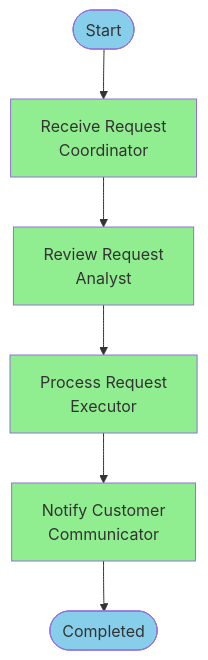
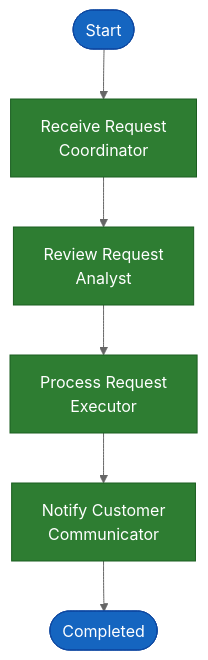
The first of 11 diagrams in docs/reference/visual-patterns.md (gcowin/approachable-workflows), drawn with Mermaid before and after one commit. The commit also changed other lines of this file and 1 other file, not shown here.

````diff
--- a/docs/reference/visual-patterns.md
+++ b/docs/reference/visual-patterns.md
@@ -47,15 +47,16 @@
 ```mermaid
+%%{init: {'theme':'base', 'themeVariables': {'primaryColor':'#2E7D32','primaryTextColor':'#fff','primaryBorderColor':'#1B5E20','lineColor':'#666','secondaryColor':'#1565C0','tertiaryColor':'#F57C00'}}}%%
 graph TD
     Start([Start]) --> A[Receive Request<br/>Coordinator]
     A --> B[Review Request<br/>Analyst]
     B --> C[Process Request<br/>Executor]
     C --> D[Notify Customer<br/>Communicator]
     D --> End([Completed])
     
-    style Start fill:#87CEEB
-    style A fill:#90EE90
-    style B fill:#90EE90
-    style C fill:#90EE90
-    style D fill:#90EE90
-    style End fill:#87CEEB
+    style Start fill:#1565C0,stroke:#0D47A1,color:#fff
+    style A fill:#2E7D32,stroke:#1B5E20,color:#fff
+    style B fill:#2E7D32,stroke:#1B5E20,color:#fff
+    style C fill:#2E7D32,stroke:#1B5E20,color:#fff
+    style D fill:#2E7D32,stroke:#1B5E20,color:#fff
+    style End fill:#1565C0,stroke:#0D47A1,color:#fff
 ```
````
